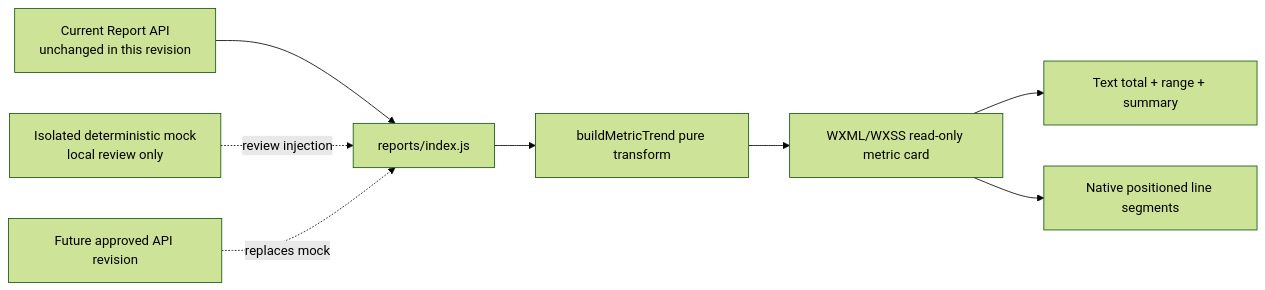
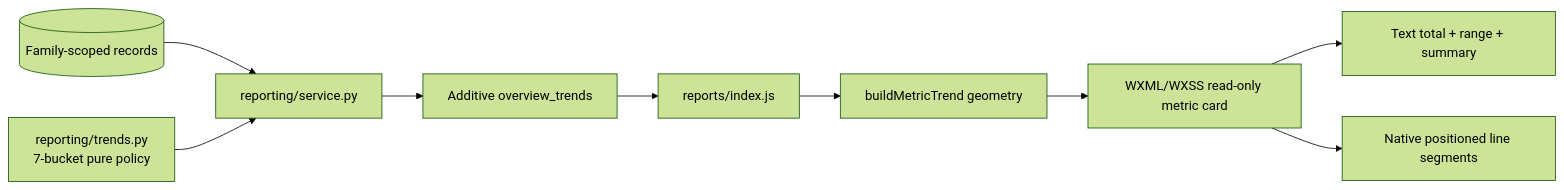
One commit to wangyu-bytedance/push_kids changed the third of 3 diagrams in specs/active/BUG-015-REPORT-METRIC-TRENDS.md. Above: the diagram before and after it, drawn with Mermaid (forest theme). The commit also changed other lines of this file and 16 other files, not shown here.

````diff
--- a/specs/active/BUG-015-REPORT-METRIC-TRENDS.md
+++ b/specs/active/BUG-015-REPORT-METRIC-TRENDS.md
@@ -259,10 +290,11 @@
 ```mermaid
 flowchart LR
-    API[Current Report API\nunchanged in this revision] --> PAGE[reports/index.js]
-    MOCK[Isolated deterministic mock\nlocal review only] -. review injection .-> PAGE
-    PAGE --> PURE[buildMetricTrend pure transform]
+    DB[(Family-scoped records)] --> SERVICE[reporting/service.py]
+    POLICY[reporting/trends.py\n7-bucket pure policy] --> SERVICE
+    SERVICE --> API[Additive overview_trends]
+    API --> PAGE[reports/index.js]
+    PAGE --> PURE[buildMetricTrend geometry]
     PURE --> VIEW[WXML/WXSS read-only metric card]
     VIEW --> A11Y[Text total + range + summary]
     VIEW --> LINE[Native positioned line segments]
-    FUTURE[Future approved API revision] -. replaces mock .-> PAGE
 ```
````
